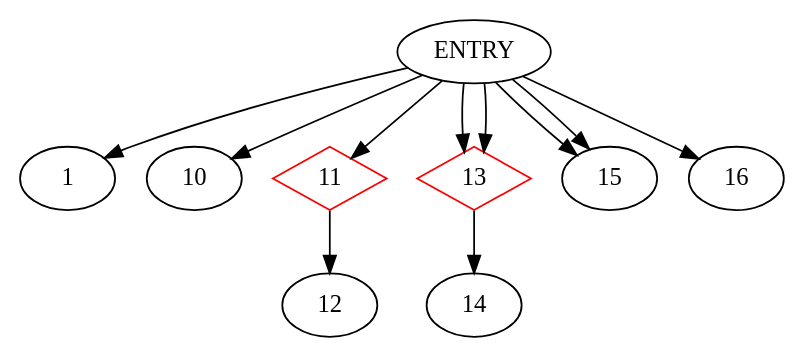
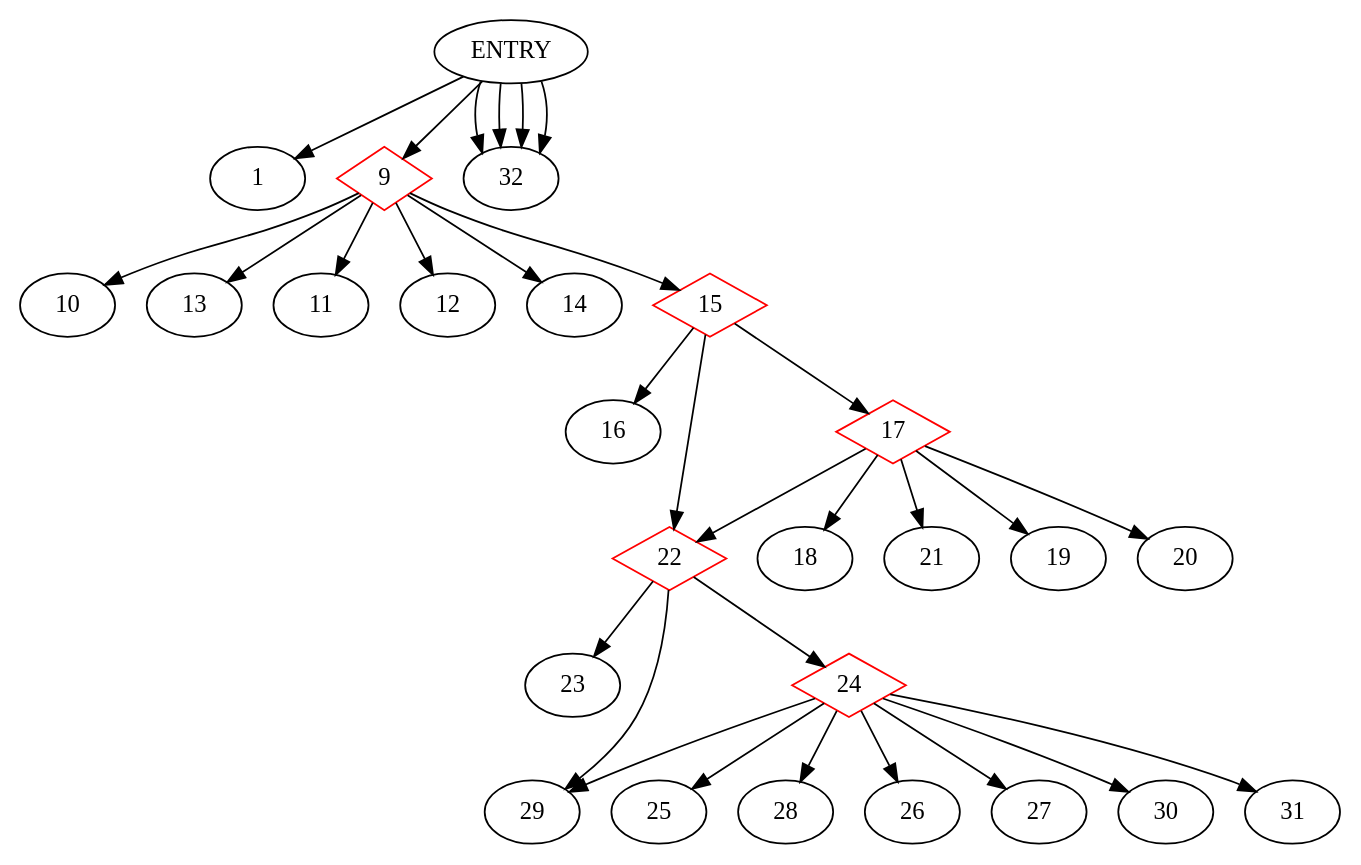
Before and after one commit to akshitij/TestgenRepo: the diagram in Testgen/Testgen_Sonam/Testgen/CDG.dot, drawn with Graphviz. The commit also changed 53 other files, not shown here.

```diff
--- a/Testgen/Testgen_Sonam/Testgen/CDG.dot
+++ b/Testgen/Testgen_Sonam/Testgen/CDG.dot
@@ -1,15 +1,38 @@
 digraph CDG {
 ENTRY -> 1
-ENTRY -> 10
-11 [shape=diamond, color=red]
-ENTRY -> 11
-11-> 12
-13 [shape=diamond, color=red]
-ENTRY -> 13
-13 [shape=diamond, color=red]
-ENTRY -> 13
-13-> 14
-ENTRY -> 15
-ENTRY -> 15
-ENTRY -> 16
+9 [shape=diamond, color=red]
+ENTRY -> 9
+9-> 10
+9-> 13
+9-> 11
+9-> 12
+ENTRY -> 32
+9-> 14
+15 [shape=diamond, color=red]
+9-> 15
+15-> 16
+22 [shape=diamond, color=red]
+15-> 22
+17 [shape=diamond, color=red]
+15-> 17
+17-> 18
+17-> 21
+17-> 19
+17-> 20
+ENTRY -> 32
+22 [shape=diamond, color=red]
+17-> 22
+22-> 23
+22-> 29
+24 [shape=diamond, color=red]
+22-> 24
+24-> 25
+24-> 28
+24-> 26
+24-> 27
+ENTRY -> 32
+24-> 29
+24-> 30
+24-> 31
+ENTRY -> 32
 }
```
